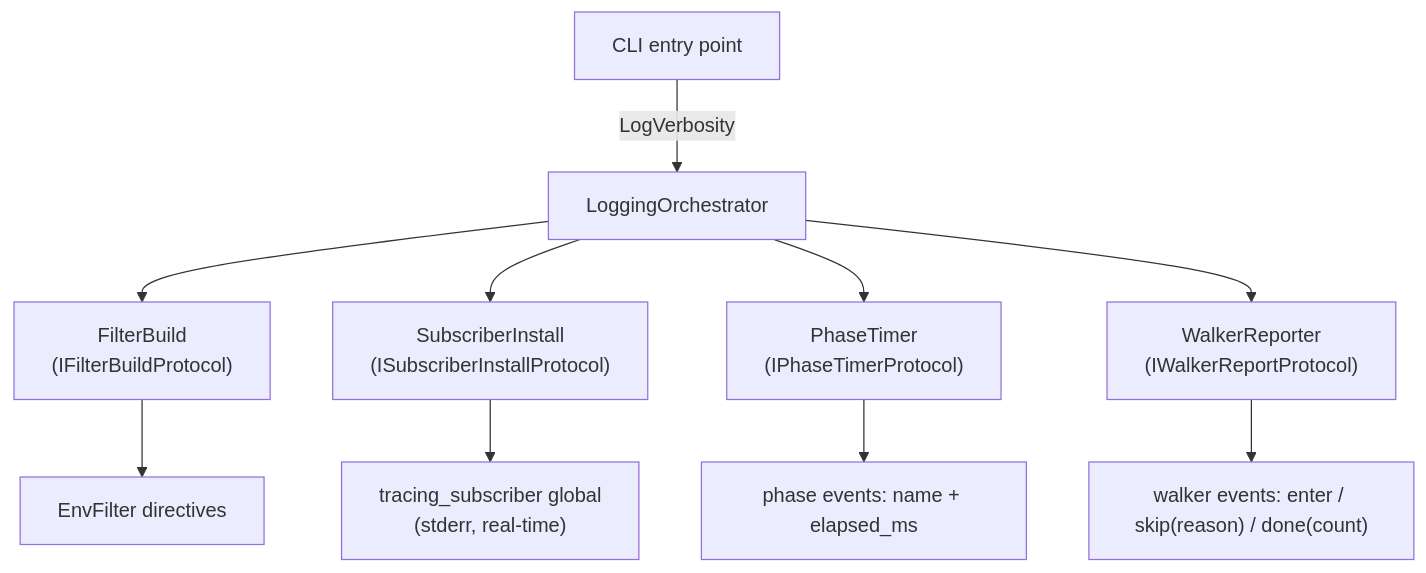
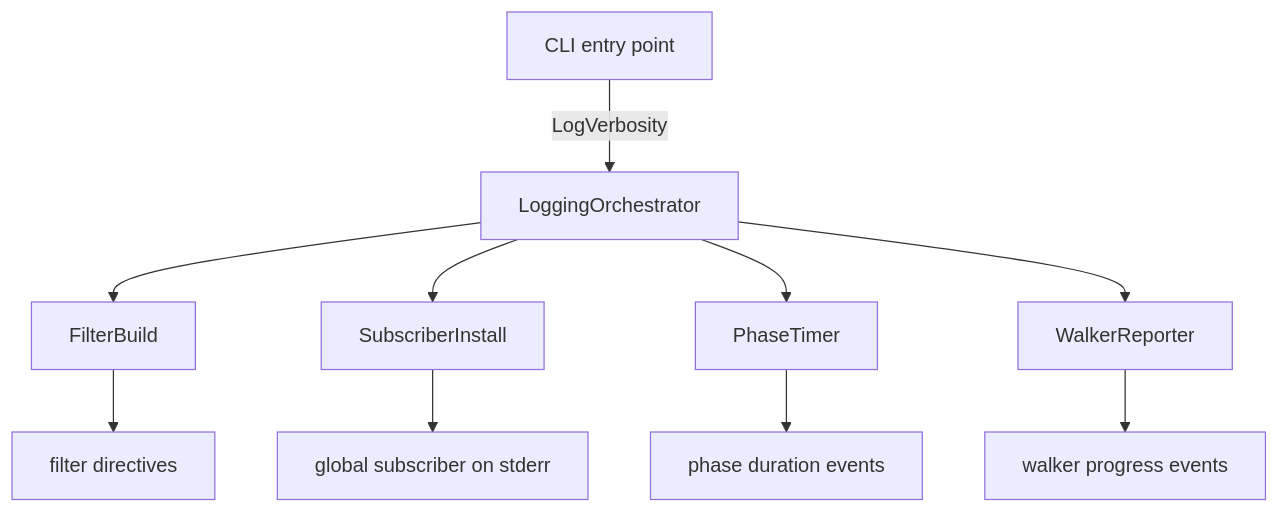
The diagram in crates/logging/FRD.md (rakaarwaky/lint-arwaky), drawn with Mermaid before and after one commit. The commit also changed other lines of this file and 235 other files, not shown here.

First line of the commit message:
Restructure ARCHITECTURE.md to 8-H2 canonical layout (#1209)

````diff
--- a/crates/logging/FRD.md
+++ b/crates/logging/FRD.md
@@ -25,12 +5,12 @@
 ```mermaid
 flowchart TD
     A["CLI entry point"] -->|LogVerbosity| B["LoggingOrchestrator"]
-    B --> C1["FilterBuild\n(IFilterBuildProtocol)"]
-    B --> C2["SubscriberInstall\n(ISubscriberInstallProtocol)"]
-    B --> C3["PhaseTimer\n(IPhaseTimerProtocol)"]
-    B --> C4["WalkerReporter\n(IWalkerReportProtocol)"]
-    C1 --> D["EnvFilter directives"]
-    C2 --> E["tracing_subscriber global\n(stderr, real-time)"]
-    C3 --> F["phase events: name + elapsed_ms"]
-    C4 --> G["walker events: enter / skip(reason) / done(count)"]
+    B --> C1["FilterBuild"]
+    B --> C2["SubscriberInstall"]
+    B --> C3["PhaseTimer"]
+    B --> C4["WalkerReporter"]
+    C1 --> D["filter directives"]
+    C2 --> E["global subscriber on stderr"]
+    C3 --> F["phase duration events"]
+    C4 --> G["walker progress events"]
 ```
````
